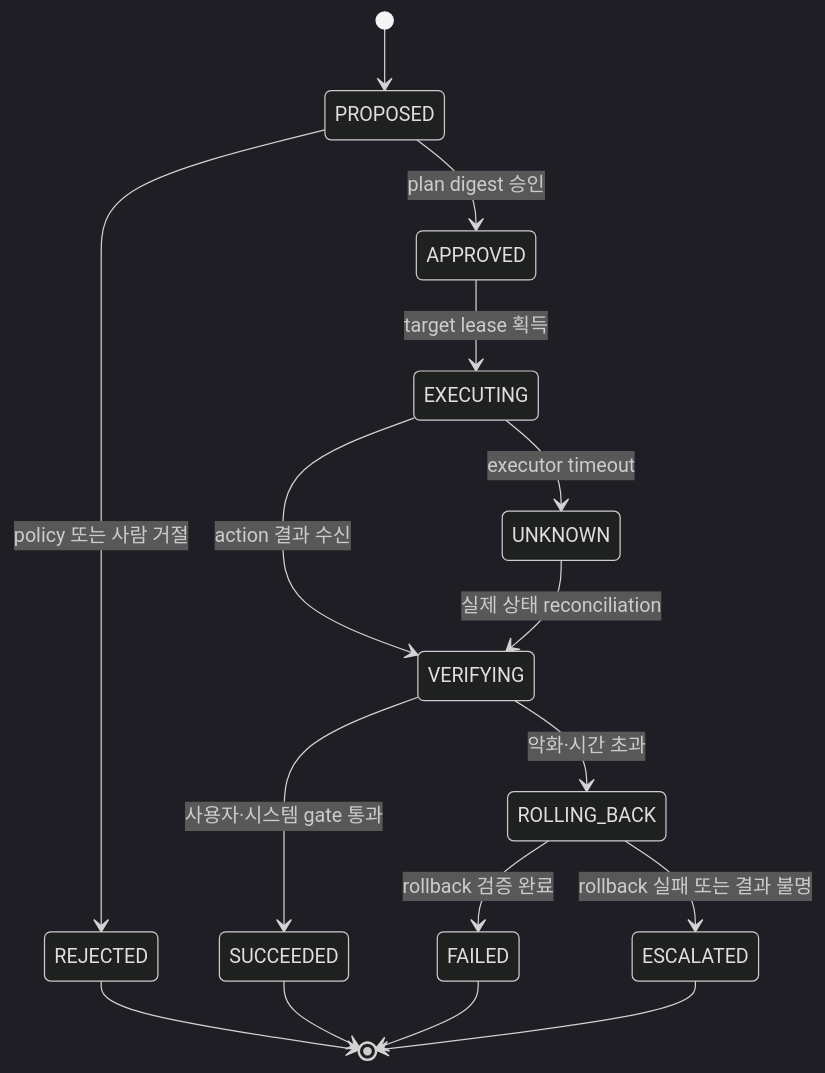
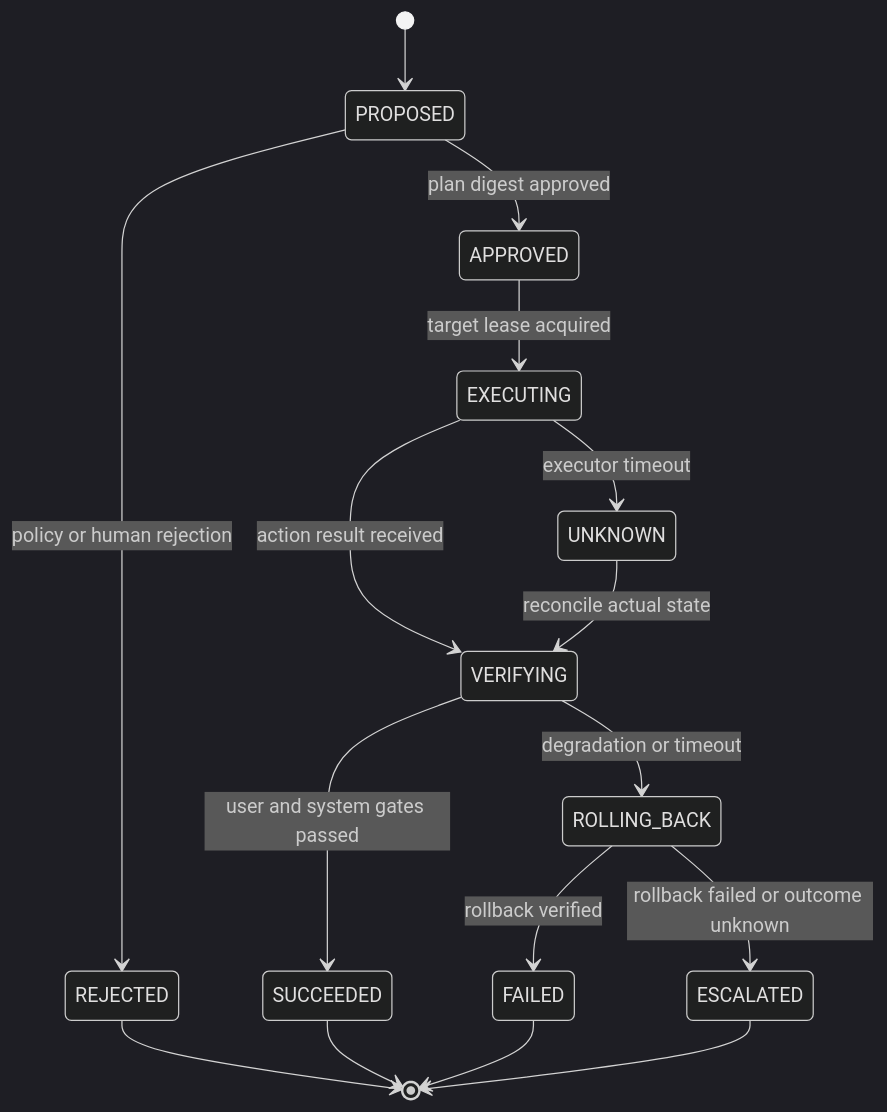
Before and after one commit to nohdol97/nohdol-study: the diagram in docs-site/content/aiops-remediation/01-guarded-remediation-state-machine.md, drawn with Mermaid (dark theme). The commit also changed other lines of this file and 116 other files, not shown here.

````diff
--- a/docs-site/content/aiops-remediation/01-guarded-remediation-state-machine.md
+++ b/docs-site/content/aiops-remediation/01-guarded-remediation-state-machine.md
@@ -26,18 +26,18 @@
 ```mermaid
 stateDiagram-v2
   [*] --> PROPOSED
-  PROPOSED --> REJECTED: policy 또는 사람 거절
-  PROPOSED --> APPROVED: plan digest 승인
-  APPROVED --> EXECUTING: target lease 획득
-  EXECUTING --> VERIFYING: action 결과 수신
+  PROPOSED --> REJECTED: policy or human rejection
+  PROPOSED --> APPROVED: plan digest approved
+  APPROVED --> EXECUTING: target lease acquired
+  EXECUTING --> VERIFYING: action result received
   EXECUTING --> UNKNOWN: executor timeout
-  UNKNOWN --> VERIFYING: 실제 상태 reconciliation
-  VERIFYING --> SUCCEEDED: 사용자·시스템 gate 통과
-  VERIFYING --> ROLLING_BACK: 악화·시간 초과
-  ROLLING_BACK --> FAILED: rollback 검증 완료
-  ROLLING_BACK --> ESCALATED: rollback 실패 또는 결과 불명
+  UNKNOWN --> VERIFYING: reconcile actual state
+  VERIFYING --> SUCCEEDED: user and system gates passed
+  VERIFYING --> ROLLING_BACK: degradation or timeout
+  ROLLING_BACK --> FAILED: rollback verified
+  ROLLING_BACK --> ESCALATED: rollback failed or outcome unknown
   SUCCEEDED --> [*]
   REJECTED --> [*]
   FAILED --> [*]
   ESCALATED --> [*]
 ```
````
